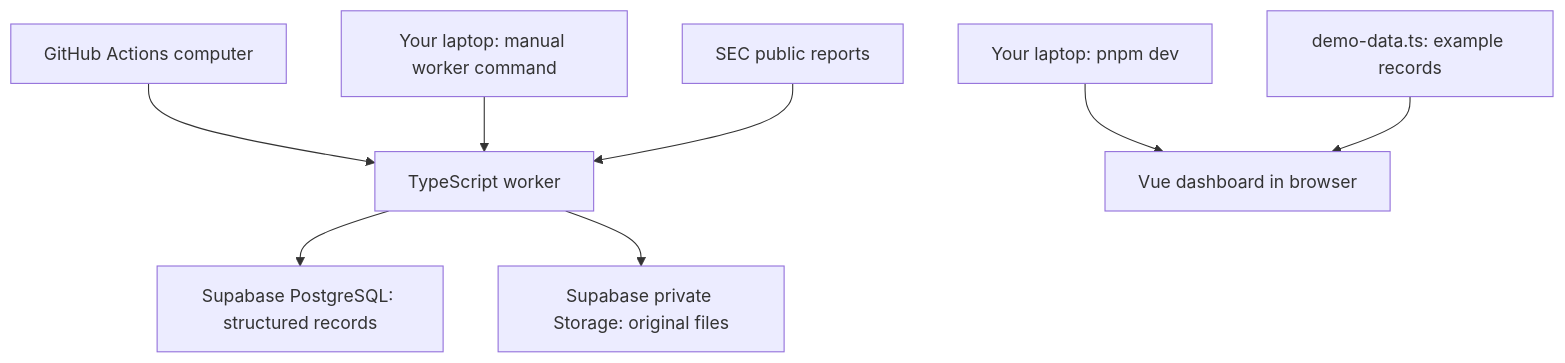
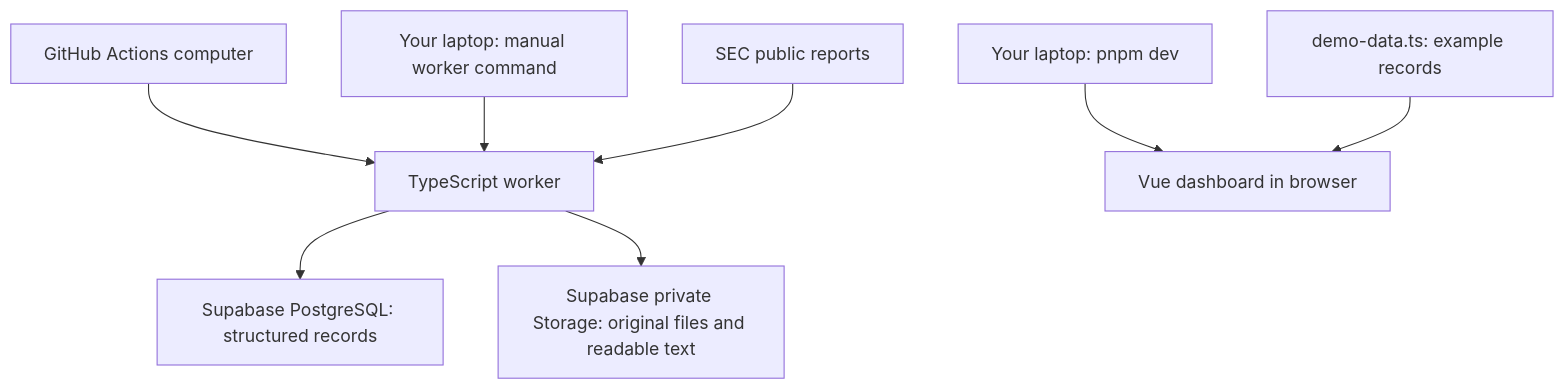
Before and after one commit to thstamod/chiron-core: the second of 13 diagrams in docs/visual-guide.md, drawn with Mermaid. The commit also changed other lines of this file and 17 other files, not shown here.

````diff
--- a/docs/visual-guide.md
+++ b/docs/visual-guide.md
@@ -28,10 +29,10 @@
 ```mermaid
 flowchart TD
     GH[GitHub Actions computer] --> W[TypeScript worker]
     L[Your laptop: manual worker command] --> W
     SEC[SEC public reports] --> W
     W --> DB[Supabase PostgreSQL: structured records]
-    W --> ST[Supabase private Storage: original files]
+    W --> ST[Supabase private Storage: original files and readable text]
     DEV[Your laptop: pnpm dev] --> V[Vue dashboard in browser]
     DEMO[demo-data.ts: example records] --> V
 ```
````
